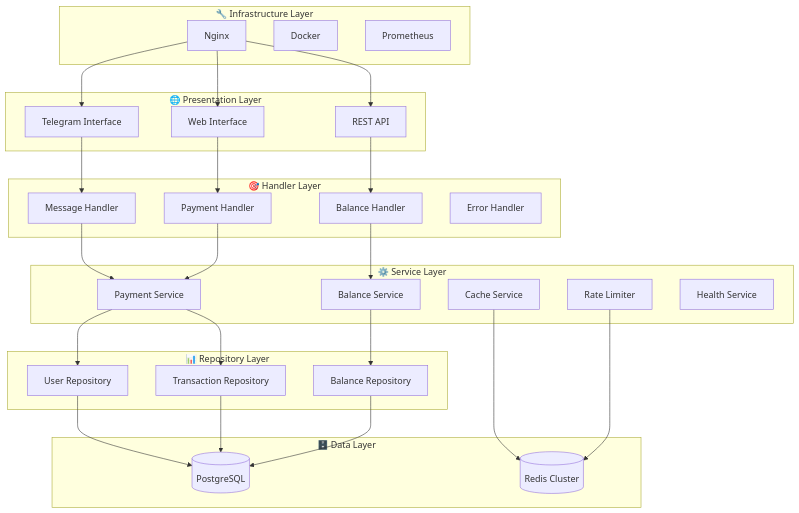
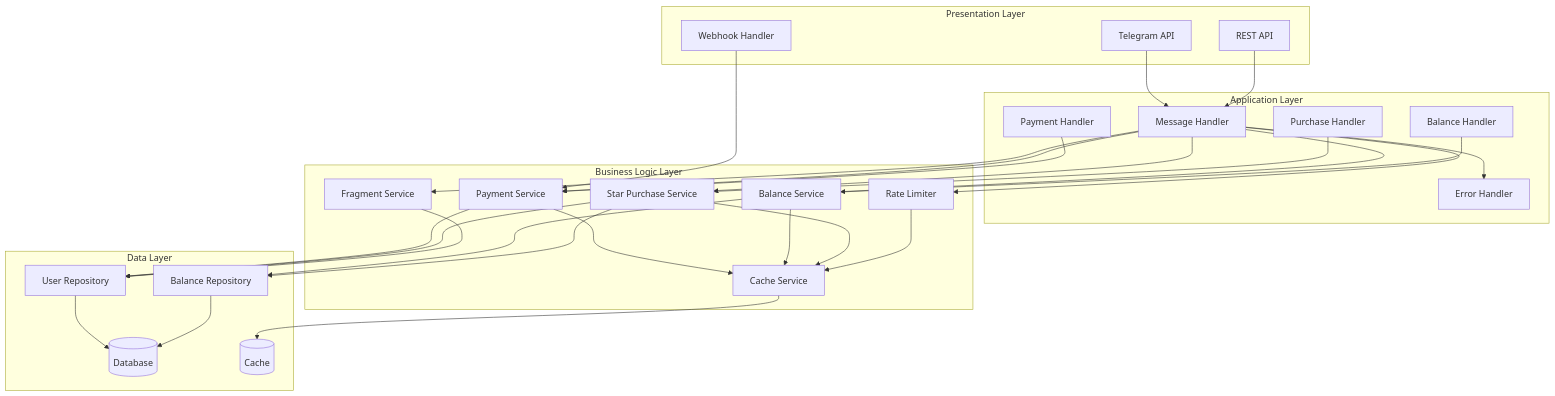
The first of 9 diagrams in docs/ARCHITECTURE.md (neKamita/Mirza-Telegram-Shop-Bot), drawn with Mermaid before and after one commit. The commit also changed other lines of this file and 23 other files, not shown here.

First line of the commit message:
Исправлены критические ошибки и улучшена поддержка Fragment API

````diff
--- a/docs/ARCHITECTURE.md
+++ b/docs/ARCHITECTURE.md
@@ -152,65 +16,62 @@
 ```mermaid
 graph TB
-    subgraph "🌐 Presentation Layer"
-        TG[Telegram Interface]
-        WEB[Web Interface]
-        API[REST API]
+    subgraph "Presentation Layer"
+        TG[Telegram API]
+        REST[REST API]
+        WEBHOOK[Webhook Handler]
     end
-    
-    subgraph "🎯 Handler Layer"
+
+    subgraph "Application Layer"
         MH[Message Handler]
         PH[Payment Handler]
-        BH[Balance Handler]
+        PuH[Purchase Handler]
+        BalH[Balance Handler]
         EH[Error Handler]
     end
-    
-    subgraph "⚙️ Service Layer"
+
+    subgraph "Business Logic Layer"
         PS[Payment Service]
         BS[Balance Service]
+        SPS[Star Purchase Service]
+        FS[Fragment Service]
+        RL[Rate Limiter]
         CS[Cache Service]
-        RL[Rate Limiter]
-        HS[Health Service]
     end
-    
-    subgraph "📊 Repository Layer"
+
+    subgraph "Data Layer"
         UR[User Repository]
         BR[Balance Repository]
-        TR[Transaction Repository]
+        DB[(Database)]
+        CACHE[(Cache)]
     end
-    
-    subgraph "🗄️ Data Layer"
-        PG[(PostgreSQL)]
-        RD[(Redis Cluster)]
-    end
-    
-    subgraph "🔧 Infrastructure Layer"
-        NG[Nginx]
-        DC[Docker]
-        PR[Prometheus]
-    end
-    
-    %% Connections
+
     TG --> MH
-    WEB --> PH
-    API --> BH
+    REST --> MH
+    WEBHOOK --> PS
     
     MH --> PS
+    MH --> BS
+    MH --> SPS
+    MH --> FS
+    MH --> RL
+    MH --> EH
+    
     PH --> PS
-    BH --> BS
+    PuH --> SPS
+    BalH --> BS
     
     PS --> UR
-    PS --> TR
     BS --> BR
+    SPS --> UR
+    SPS --> BR
+    FS --> UR
     
-    UR --> PG
-    BR --> PG
-    TR --> PG
+    UR --> DB
+    BR --> DB
+    CS --> CACHE
     
-    CS --> RD
-    RL --> RD
-    
-    NG --> TG
-    NG --> WEB
-    NG --> API
-    
+    PS --> CS
+    BS --> CS
+    SPS --> CS
+    RL --> CS
 ```
````
